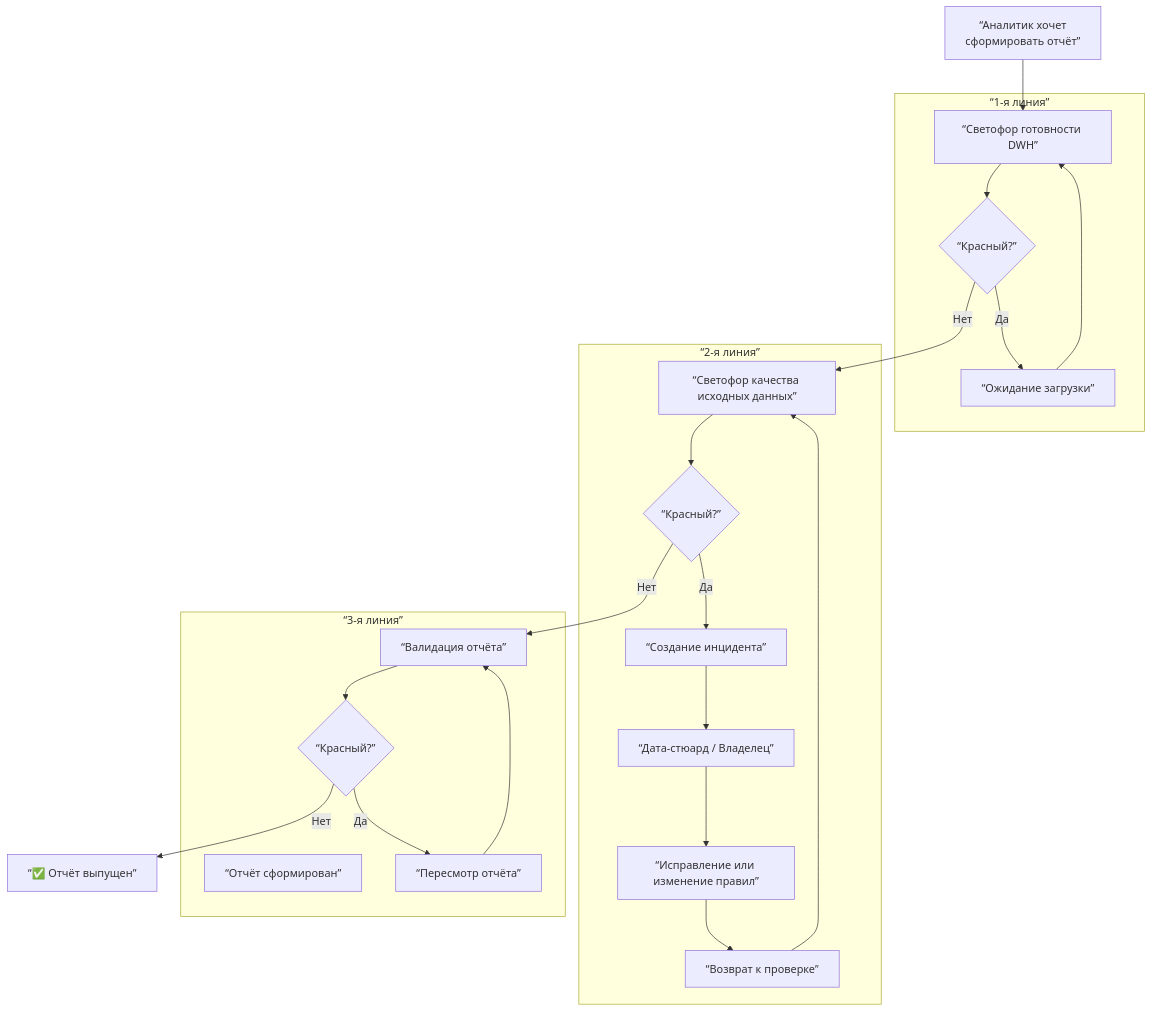
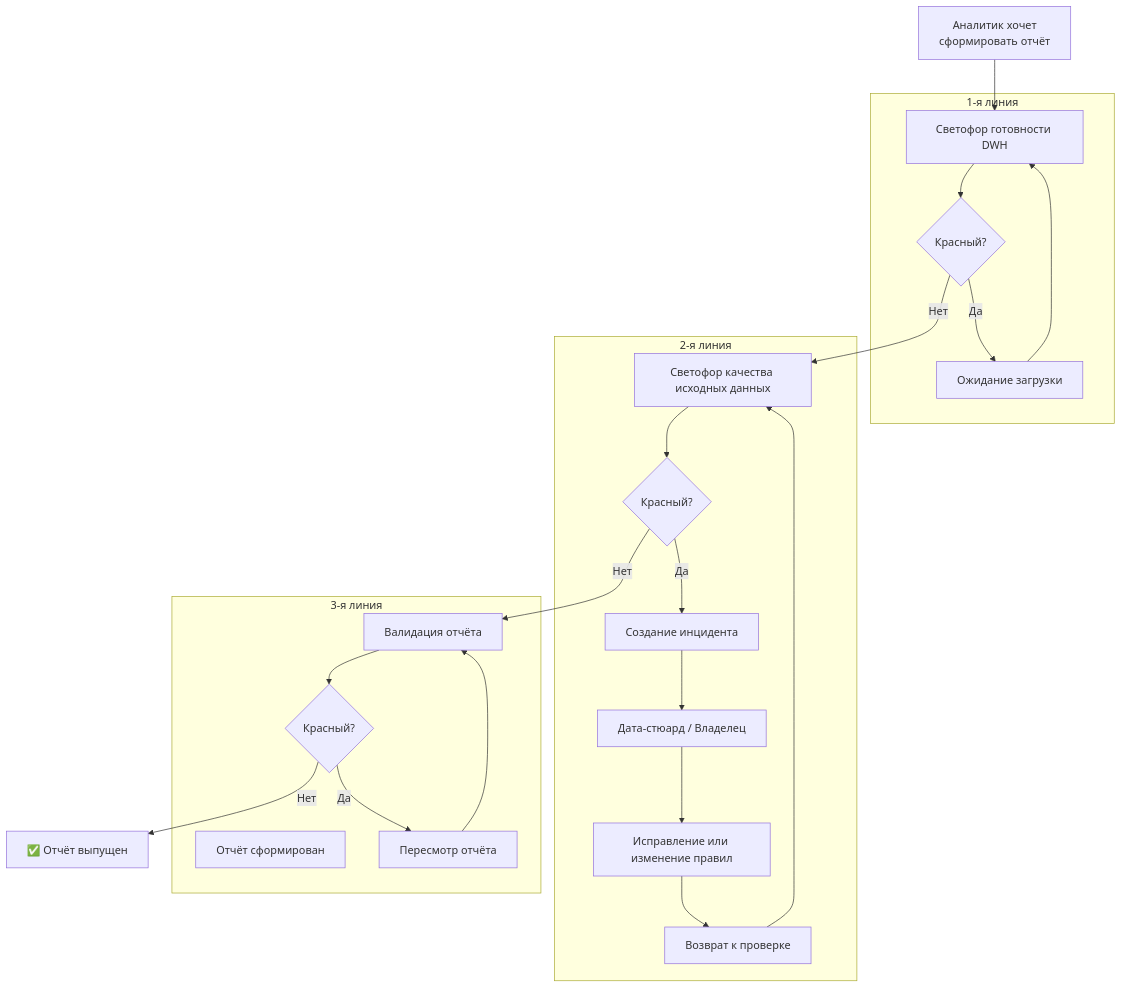
One commit to bpmbpm/doc changed diagram 13 of 13 in EA/DataQuality/case/case1/course/course_v2.md. Above: the diagram before and after it, drawn with Mermaid. The commit also changed other lines of this file, not shown here.

````diff
--- a/EA/DataQuality/case/case1/course/course_v2.md
+++ b/EA/DataQuality/case/case1/course/course_v2.md
@@ -423,40 +377,40 @@
 ```mermaid
 flowchart TD
-    START[“Аналитик хочет<br>сформировать отчёт”]
+    START["Аналитик хочет<br>сформировать отчёт"]
     
-    subgraph LINE1 [“1-я линия”]
-        L1[“Светофор готовности DWH”]
-        L1_R{“Красный?”}
-        L1_WAIT[“Ожидание загрузки”]
+    subgraph LINE1 ["1-я линия"]
+        L1["Светофор готовности DWH"]
+        L1_R{"Красный?"}
+        L1_WAIT["Ожидание загрузки"]
     end
     
-    subgraph LINE2 [“2-я линия”]
-        L2[“Светофор качества исходных данных”]
-        L2_R{“Красный?”}
-        L2_INCIDENT[“Создание инцидента”]
-        L2_STEWARD[“Дата-стюард / Владелец”]
-        L2_FIX[“Исправление или изменение правил”]
-        L2_RETURN[“Возврат к проверке”]
+    subgraph LINE2 ["2-я линия"]
+        L2["Светофор качества исходных данных"]
+        L2_R{"Красный?"}
+        L2_INCIDENT["Создание инцидента"]
+        L2_STEWARD["Дата-стюард / Владелец"]
+        L2_FIX["Исправление или изменение правил"]
+        L2_RETURN["Возврат к проверке"]
     end
     
-    subgraph LINE3 [“3-я линия”]
-        L3[“Отчёт сформирован”]
-        L3_CHECK[“Валидация отчёта”]
-        L3_R{“Красный?”}
-        L3_REBUILD[“Пересмотр отчёта”]
+    subgraph LINE3 ["3-я линия"]
+        L3["Отчёт сформирован"]
+        L3_CHECK["Валидация отчёта"]
+        L3_R{"Красный?"}
+        L3_REBUILD["Пересмотр отчёта"]
     end
     
-    END[“✅ Отчёт выпущен”]
+    END["✅ Отчёт выпущен"]
     
     START --> L1 --> L1_R
     L1_R -->|Нет| L2
     L1_R -->|Да| L1_WAIT --> L1
     
     L2 --> L2_R
     L2_R -->|Нет| L3_CHECK
     L2_R -->|Да| L2_INCIDENT --> L2_STEWARD --> L2_FIX --> L2_RETURN --> L2
     
     L3_CHECK --> L3_R
     L3_R -->|Нет| END
     L3_R -->|Да| L3_REBUILD --> L3_CHECK
 ```
````
